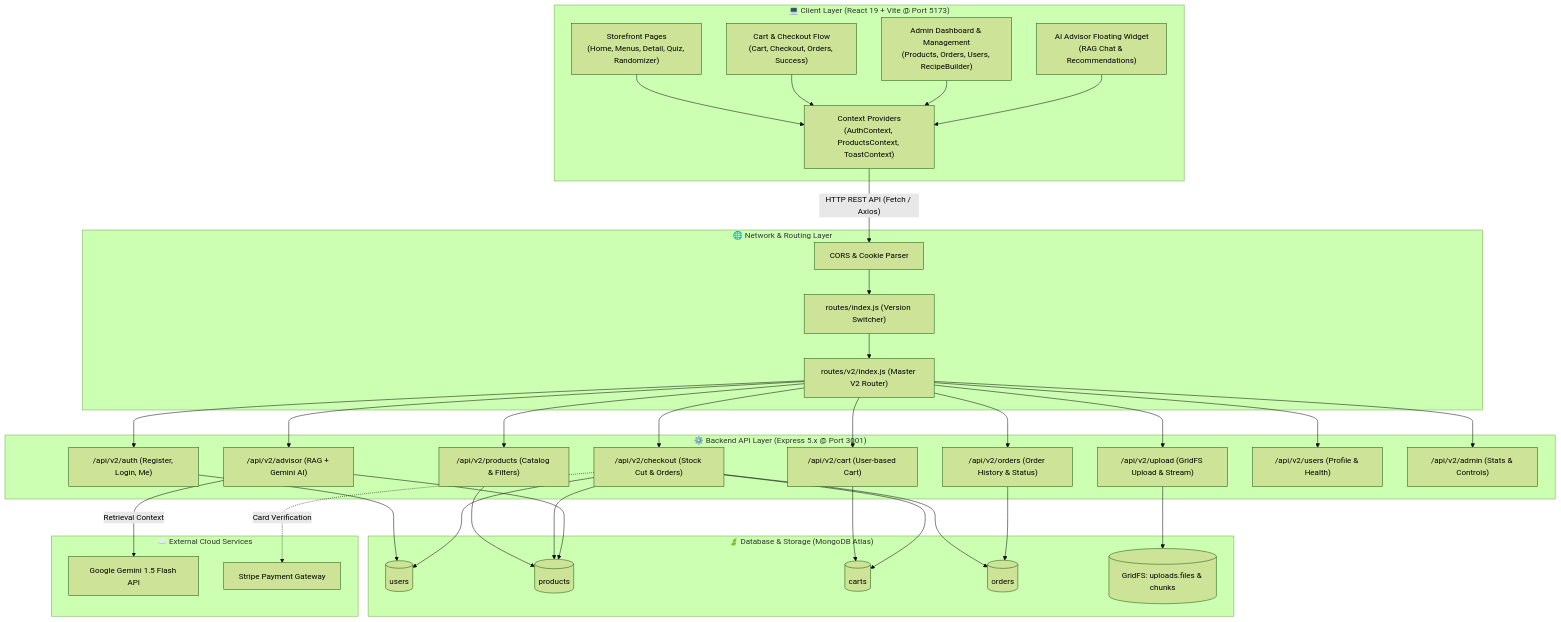
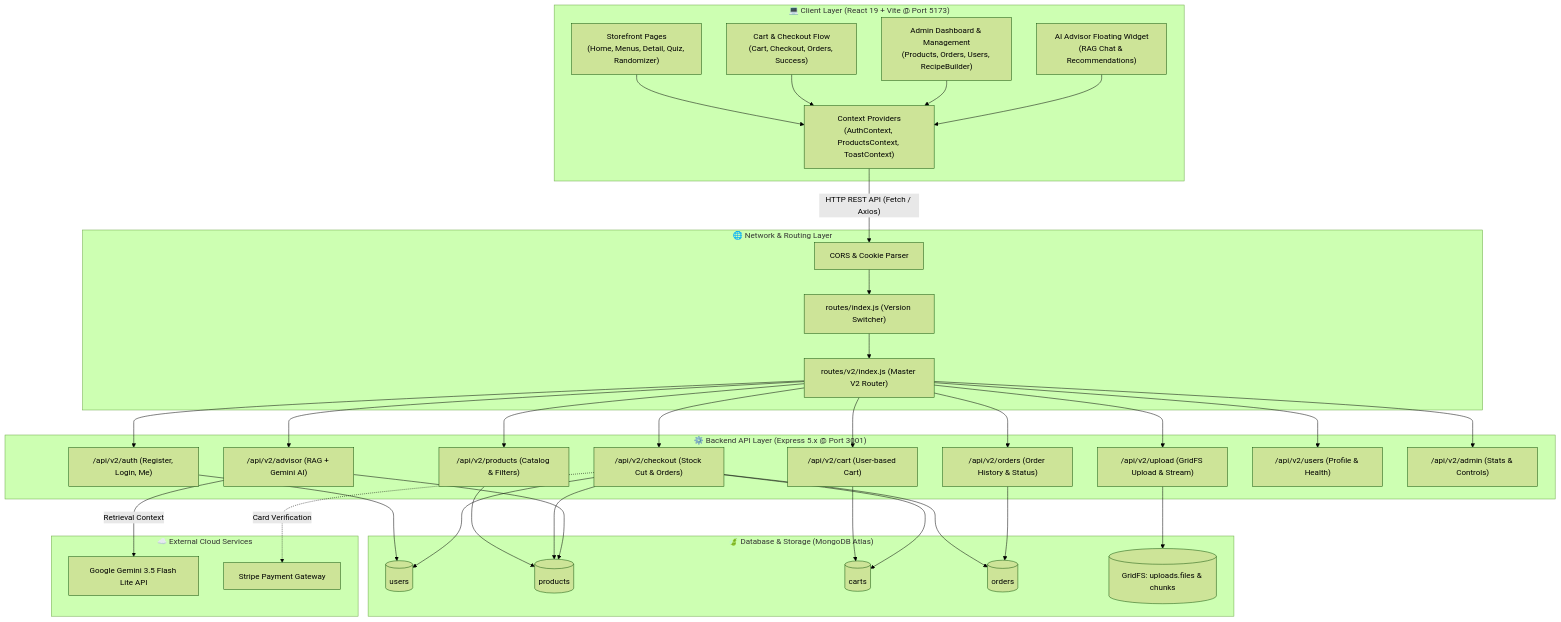
Before and after one commit to DeltaZhou1997/JSD13-That-tae-project: the diagram in README.md, drawn with Mermaid (forest theme). The commit also changed other lines of this file and 33 other files, not shown here.

````diff
--- a/README.md
+++ b/README.md
@@ -67,62 +75,62 @@
 ```mermaid
 flowchart TB
     subgraph ClientLayer ["💻 Client Layer (React 19 + Vite @ Port 5173)"]
         UI["Storefront Pages\n(Home, Menus, Detail, Quiz, Randomizer)"]
         CartCheckout["Cart & Checkout Flow\n(Cart, Checkout, Orders, Success)"]
         AdminUI["Admin Dashboard & Management\n(Products, Orders, Users, RecipeBuilder)"]
         AIWidget["AI Advisor Floating Widget\n(RAG Chat & Recommendations)"]
         ClientContext["Context Providers\n(AuthContext, ProductsContext, ToastContext)"]
     end
 
     subgraph NetworkLayer ["🌐 Network & Routing Layer"]
         CORS["CORS & Cookie Parser"]
         MainRouter["routes/index.js (Version Switcher)"]
         V2Router["routes/v2/index.js (Master V2 Router)"]
     end
 
     subgraph ServerLayer ["⚙️ Backend API Layer (Express 5.x @ Port 3001)"]
         AuthRoute["/api/v2/auth (Register, Login, Me)"]
         ProductRoute["/api/v2/products (Catalog & Filters)"]
         CartRoute["/api/v2/cart (User-based Cart)"]
         CheckoutRoute["/api/v2/checkout (Stock Cut & Orders)"]
         OrderRoute["/api/v2/orders (Order History & Status)"]
         UploadRoute["/api/v2/upload (GridFS Upload & Stream)"]
         AdvisorRoute["/api/v2/advisor (RAG + Gemini AI)"]
         UserRoute["/api/v2/users (Profile & Health)"]
         AdminRoute["/api/v2/admin (Stats & Controls)"]
     end
 
     subgraph DatabaseLayer ["🍃 Database & Storage (MongoDB Atlas)"]
         MongoUsers[("users")]
         MongoProducts[("products")]
         MongoCarts[("carts")]
         MongoOrders[("orders")]
         MongoGridFS[("GridFS: uploads.files & chunks")]
     end
 
     subgraph ExternalServices ["☁️ External Cloud Services"]
-        GeminiAPI["Google Gemini 1.5 Flash API"]
+        GeminiAPI["Google Gemini 3.5 Flash Lite API"]
         StripeAPI["Stripe Payment Gateway"]
     end
 
     UI --> ClientContext
     CartCheckout --> ClientContext
     AdminUI --> ClientContext
     AIWidget --> ClientContext
 
     ClientContext -->|"HTTP REST API (Fetch / Axios)"| CORS
     CORS --> MainRouter
     MainRouter --> V2Router
 
     V2Router --> AuthRoute & ProductRoute & CartRoute & CheckoutRoute & OrderRoute & UploadRoute & AdvisorRoute & UserRoute & AdminRoute
 
     AuthRoute --> MongoUsers
     ProductRoute --> MongoProducts
     CartRoute --> MongoCarts
     CheckoutRoute --> MongoOrders & MongoProducts & MongoUsers & MongoCarts
     OrderRoute --> MongoOrders
     UploadRoute --> MongoGridFS
     AdvisorRoute --> MongoProducts
     AdvisorRoute -->|"Retrieval Context"| GeminiAPI
     CheckoutRoute -.->|"Card Verification"| StripeAPI
 ```
````
